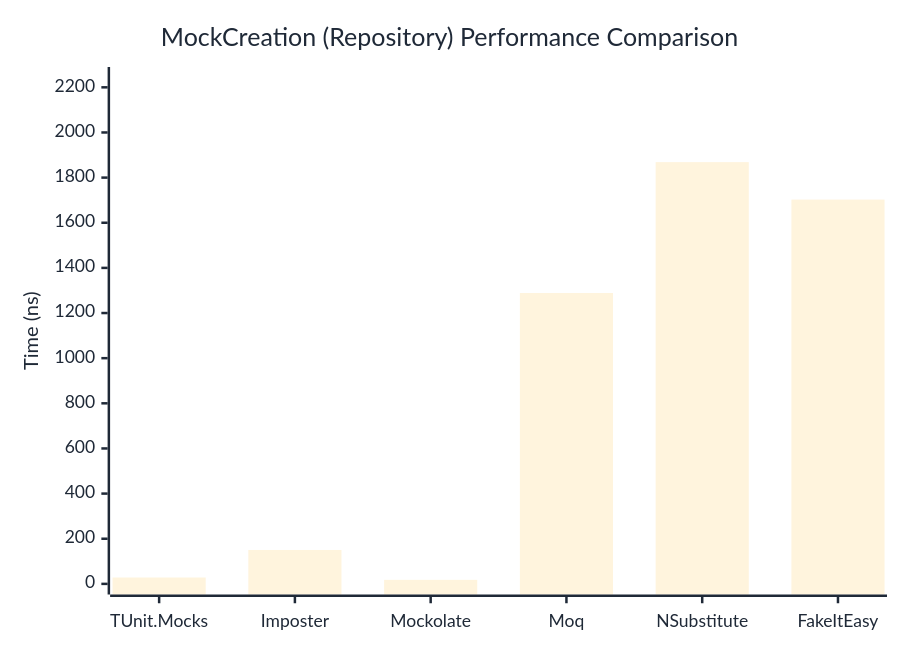
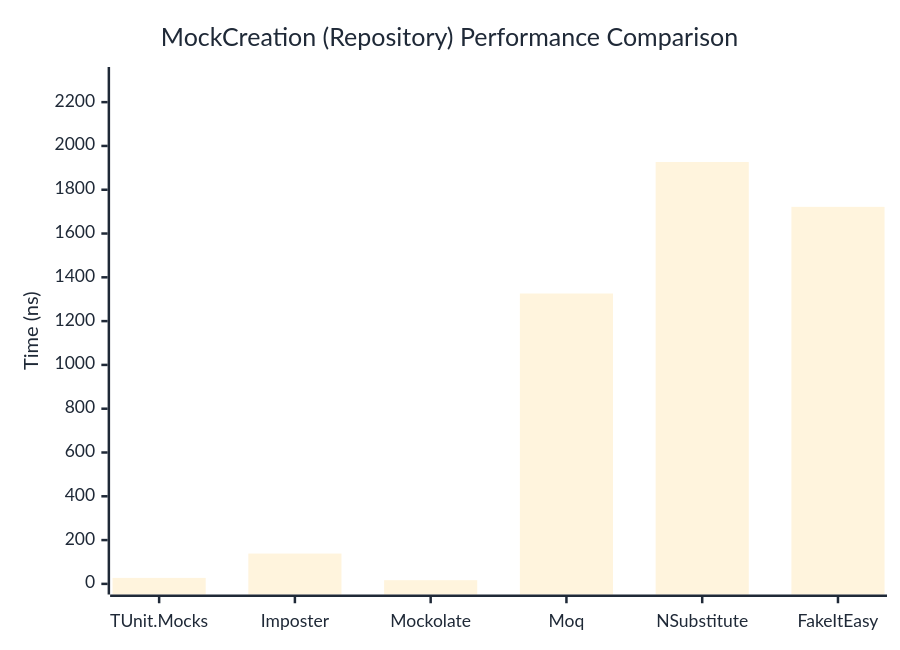
Before and after one commit to thomhurst/TUnit: the second of 2 diagrams in docs/docs/benchmarks/mocks/MockCreation.md, drawn with Mermaid. The commit also changed other lines of this file and 14 other files, not shown here.

````diff
--- a/docs/docs/benchmarks/mocks/MockCreation.md
+++ b/docs/docs/benchmarks/mocks/MockCreation.md
@@ -71,27 +71,27 @@
 ```mermaid
 %%{init: {
   'theme':'base',
   'themeVariables': {
     'primaryColor': '#2563eb',
     'primaryTextColor': '#1f2937',
     'primaryBorderColor': '#1e40af',
     'lineColor': '#6b7280',
     'secondaryColor': '#7c3aed',
     'tertiaryColor': '#dc2626',
     'background': '#ffffff',
     'pie1': '#2563eb',
     'pie2': '#7c3aed',
     'pie3': '#dc2626',
     'pie4': '#f59e0b',
     'pie5': '#10b981',
     'pie6': '#06b6d4',
     'pie7': '#ec4899',
     'pie8': '#6366f1'
   }
 }}%%
 xychart-beta
   title "MockCreation (Repository) Performance Comparison"
   x-axis ["TUnit.Mocks", "Imposter", "Mockolate", "Moq", "NSubstitute", "FakeItEasy"]
-  y-axis "Time (ns)" 0 --> 2243
-  bar [28.18, 150.31, 17.83, 1288.7, 1868.62, 1702.66]
+  y-axis "Time (ns)" 0 --> 2312
+  bar [27.32, 138.39, 16.85, 1326.07, 1926.53, 1721.79]
 ```
````
